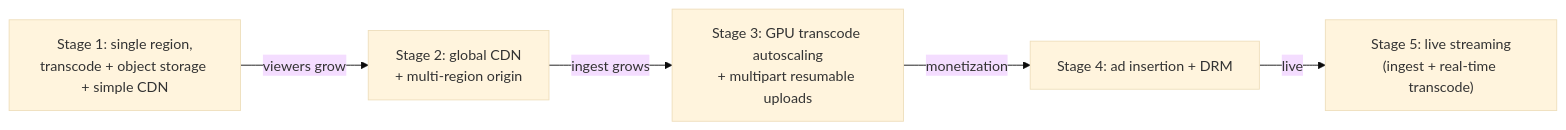
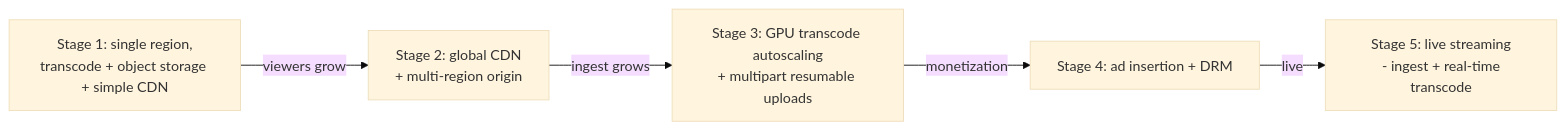
The diagram in diagrams/case-studies/video-streaming/scaling-evolution.mmd (RIT-MESH/system-design-mastery), drawn with Mermaid (base theme) before and after one commit. The commit also changed 139 other files, not shown here.

First line of the commit message:
Fix Mermaid parse errors: replace parentheses in node labels across 140 files

```diff
--- a/diagrams/case-studies/video-streaming/scaling-evolution.mmd
+++ b/diagrams/case-studies/video-streaming/scaling-evolution.mmd
@@ -1,8 +1,8 @@
 %% created-for: system-design-mastery
 %% video-streaming scaling evolution
 flowchart LR
   S1["Stage 1: single region,<br/>transcode + object storage + simple CDN"]
   S1 -->|"viewers grow"| S2["Stage 2: global CDN<br/>+ multi-region origin"]
   S2 -->|"ingest grows"| S3["Stage 3: GPU transcode autoscaling<br/>+ multipart resumable uploads"]
   S3 -->|"monetization"| S4["Stage 4: ad insertion + DRM"]
-  S4 -->|"live"| S5["Stage 5: live streaming<br/>(ingest + real-time transcode)"]
+  S4 -->|"live"| S5["Stage 5: live streaming<br/> - ingest + real-time transcode"]
```
